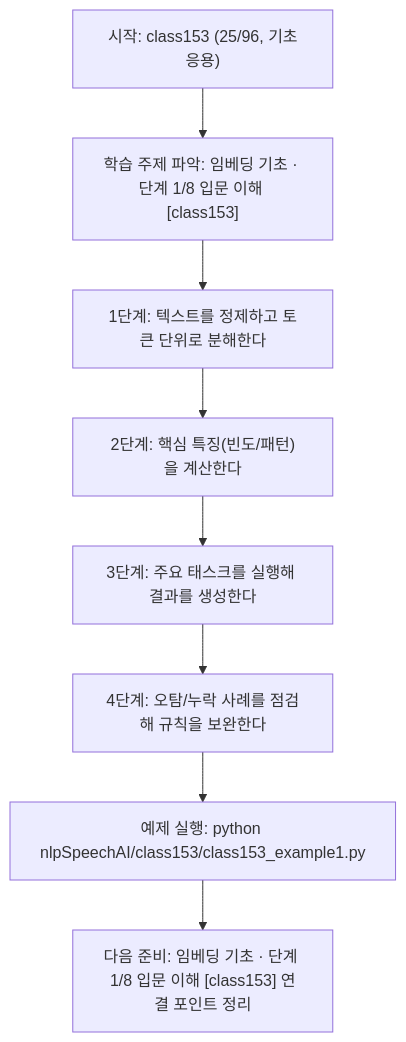
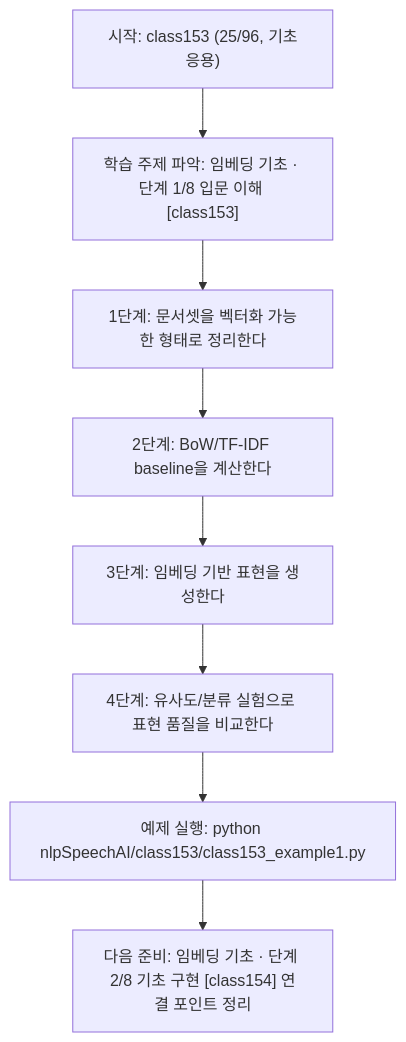
The diagram in nlpSpeechAI/class153/class153.md (edumgt/Python-AI_Agent-Class), drawn with Mermaid before and after one commit. The commit also changed other lines of this file and 1122 other files, not shown here.

````diff
--- a/nlpSpeechAI/class153/class153.md
+++ b/nlpSpeechAI/class153/class153.md
@@ -113,18 +95,18 @@
 ```mermaid
 flowchart TD
 N1["시작: class153 (25/96, 기초응용)"]
 N2["학습 주제 파악: 임베딩 기초 · 단계 1/8 입문 이해 [class153]"]
-N3["1단계: 텍스트를 정제하고 토큰 단위로 분해한다"]
-N4["2단계: 핵심 특징(빈도/패턴)을 계산한다"]
-N5["3단계: 주요 태스크를 실행해 결과를 생성한다"]
-N6["4단계: 오탐/누락 사례를 점검해 규칙을 보완한다"]
+N3["1단계: 문서셋을 벡터화 가능한 형태로 정리한다"]
+N4["2단계: BoW/TF-IDF baseline을 계산한다"]
+N5["3단계: 임베딩 기반 표현을 생성한다"]
+N6["4단계: 유사도/분류 실험으로 표현 품질을 비교한다"]
 N7["예제 실행: python nlpSpeechAI/class153/class153_example1.py"]
-N8["다음 준비: 임베딩 기초 · 단계 1/8 입문 이해 [class153] 연결 포인트 정리"]
+N8["다음 준비: 임베딩 기초 · 단계 2/8 기초 구현 [class154] 연결 포인트 정리"]
 N1 --> N2
 N2 --> N3
 N3 --> N4
 N4 --> N5
 N5 --> N6
 N6 --> N7
 N7 --> N8
 ```
````
